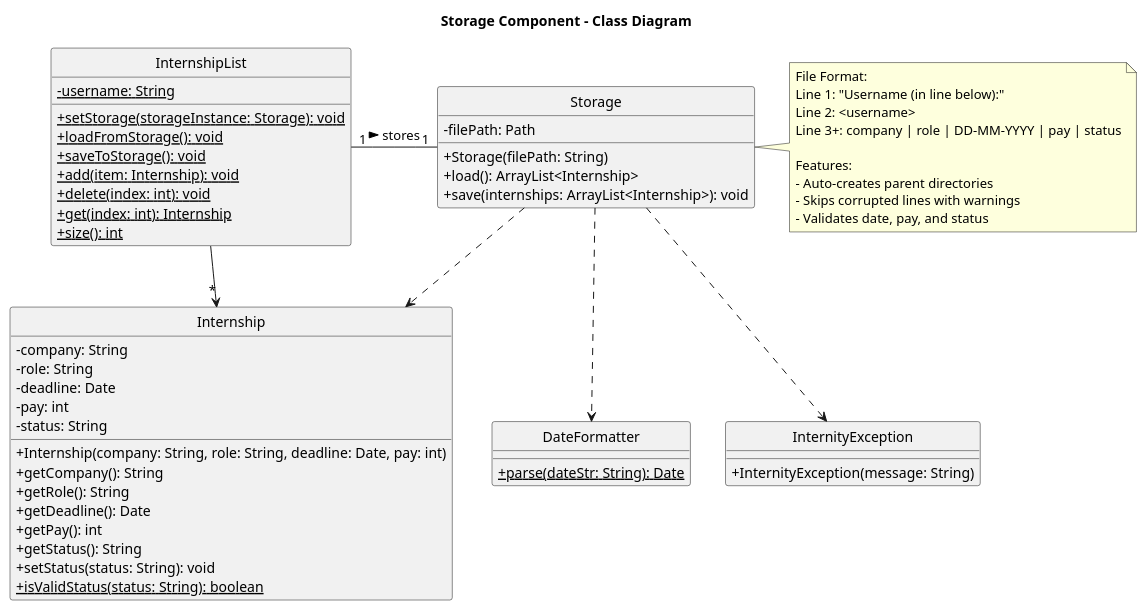
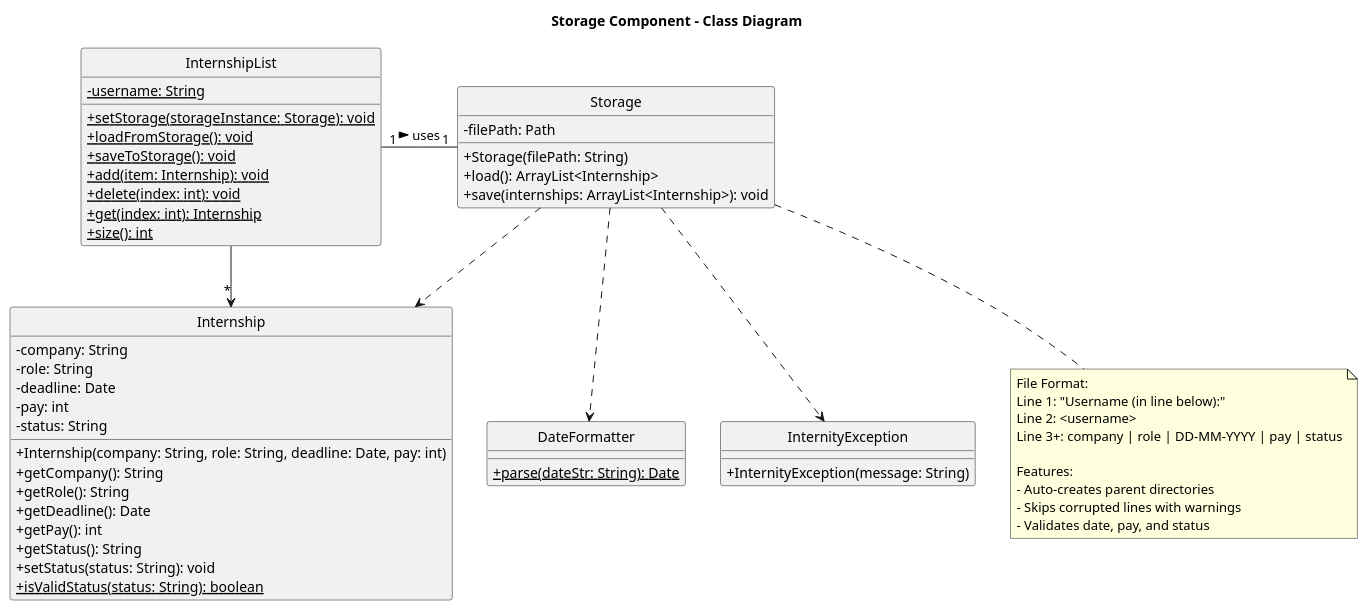
One commit to AY2526S1-CS2113-W14-4/tp changed the diagram in docs/diagrams/StorageCD.puml. Above: the diagram before and after it, drawn with PlantUML. The commit also changed 4 other files, not shown here.

Commit message:
Fixed more diagrams

```diff
--- a/docs/diagrams/StorageCD.puml
+++ b/docs/diagrams/StorageCD.puml
@@ -1,68 +1,70 @@
 @startuml
 title Storage Component - Class Diagram
 hide circle
 skinparam classAttributeIconSize 0
 class Storage {
     - filePath: Path
     __
     + Storage(filePath: String)
     + load(): ArrayList<Internship>
     + save(internships: ArrayList<Internship>): void
 }
 
 class InternshipList {
     - {static} username: String
     __
     + {static} setStorage(storageInstance: Storage): void
     + {static} loadFromStorage(): void
     + {static} saveToStorage(): void
     + {static} add(item: Internship): void
     + {static} delete(index: int): void
     + {static} get(index: int): Internship
     + {static} size(): int
 }
 
 class Internship {
     - company: String
     - role: String
     - deadline: Date
     - pay: int
     - status: String
     __
     + Internship(company: String, role: String, deadline: Date, pay: int)
     + getCompany(): String
     + getRole(): String
     + getDeadline(): Date
     + getPay(): int
     + getStatus(): String
     + setStatus(status: String): void
     + {static} isValidStatus(status: String): boolean
 }
 
 class DateFormatter {
     + {static} parse(dateStr: String): Date
 }
 
 class InternityException {
     + InternityException(message: String)
 }
 
-note right of Storage
+note as NoteStorage
   File Format:
   Line 1: "Username (in line below):"
   Line 2: <username>
   Line 3+: company | role | DD-MM-YYYY | pay | status
 
   Features:
   - Auto-creates parent directories
   - Skips corrupted lines with warnings
   - Validates date, pay, and status
 end note
 
+Storage ..> NoteStorage
+
 Storage ..> Internship
 Storage ..> DateFormatter
 Storage ..> InternityException
-InternshipList "1" - "1" Storage : stores >
+InternshipList "1" - "1" Storage : uses >
 InternshipList --> "*" Internship
 
 @enduml
```
